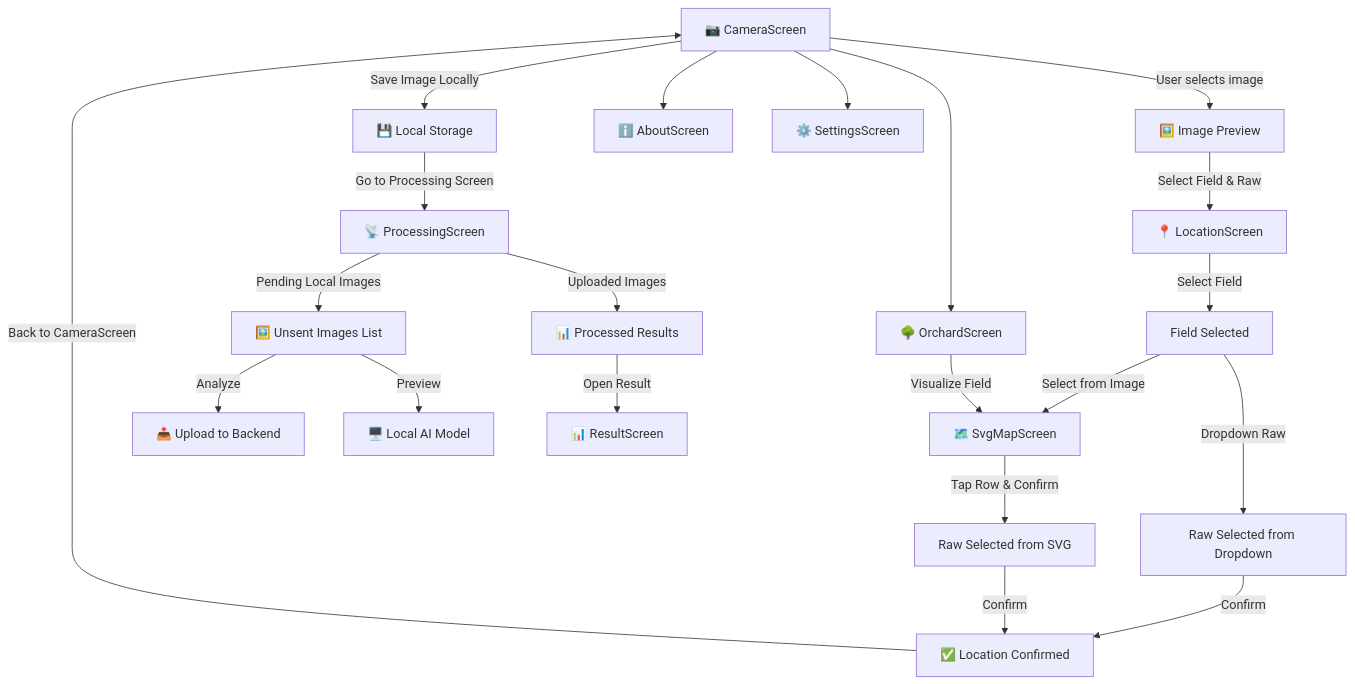
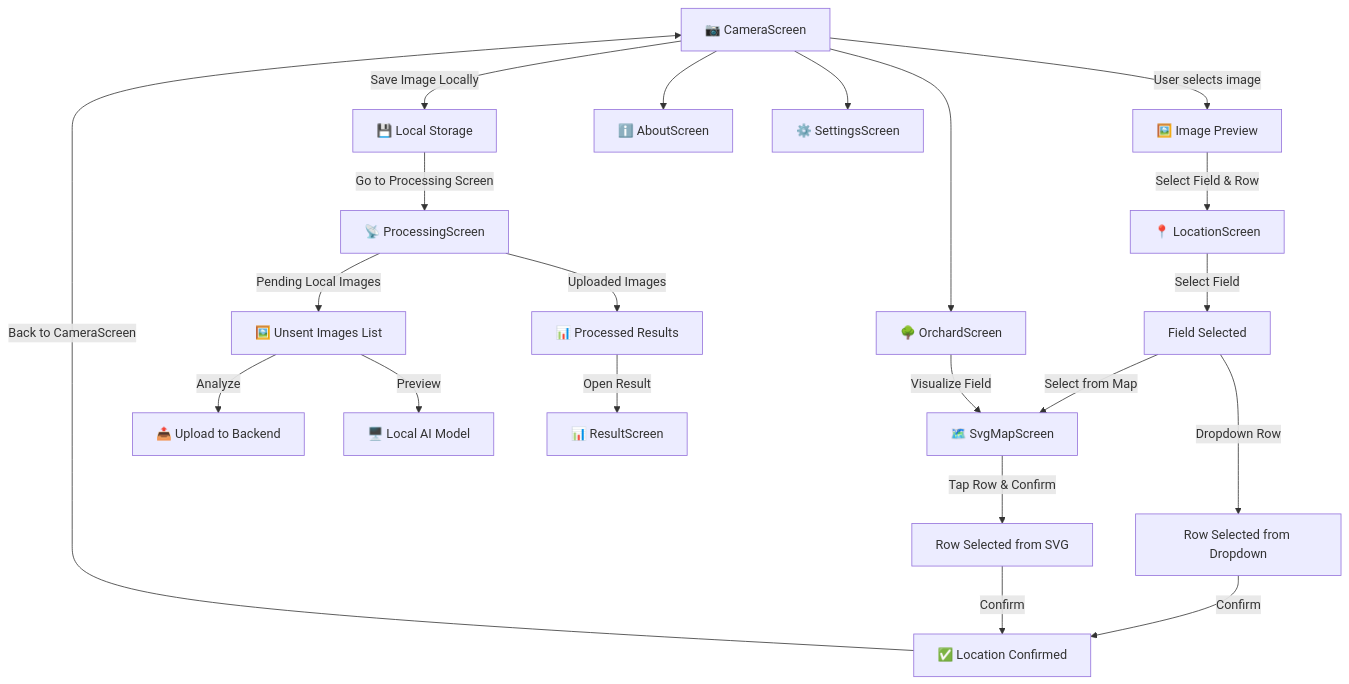
One commit to nathabee/PomoloBee changed the diagram in documentation/App_Specification.md. Above: the diagram before and after it, drawn with Mermaid. The commit also changed other lines of this file and 65 other files, not shown here.

````diff
--- a/documentation/App_Specification.md
+++ b/documentation/App_Specification.md
@@ -76,28 +97,28 @@
 ```mermaid
 graph TD  
   A[📷 CameraScreen] -->|User selects image| B[🖼️ Image Preview]
-  B -->|Select Field & Raw| L[📍 LocationScreen]
+  B -->|Select Field & Row| L[📍 LocationScreen]
   L -->|Select Field| L1[Field Selected]
-  L1 -->|Dropdown Raw| L2[Raw Selected from Dropdown]
-  L1 -->|Select from Image| M[🗺️ SvgMapScreen]
-  M -->|Tap Row & Confirm| L3[Raw Selected from SVG]
+  L1 -->|Dropdown Row| L2[Row Selected from Dropdown]
+  L1 -->|Select from Map| M[🗺️ SvgMapScreen]
+  M -->|Tap Row & Confirm| L3[Row Selected from SVG]
   L2 -->|Confirm| B1[✅ Location Confirmed]
   L3 -->|Confirm| B1
 
   B1 -->|Back to CameraScreen| A
   A -->|Save Image Locally| S[💾 Local Storage]
 
   S -->|Go to Processing Screen| D[📡 ProcessingScreen]
   D -->|Pending Local Images| U[🖼️ Unsent Images List]
   U -->|Analyze| X[📤 Upload to Backend]
   U -->|Preview| Y[🖥️ Local AI Model]
 
   D -->|Uploaded Images| E[📊 Processed Results]
   E -->|Open Result| R[📊 ResultScreen]
 
   A --> G[ℹ️ AboutScreen]
   A --> H1[⚙️ SettingsScreen]
   A --> H2[🌳 OrchardScreen]
   H2 -->|Visualize Field| M
 
 ```
````
